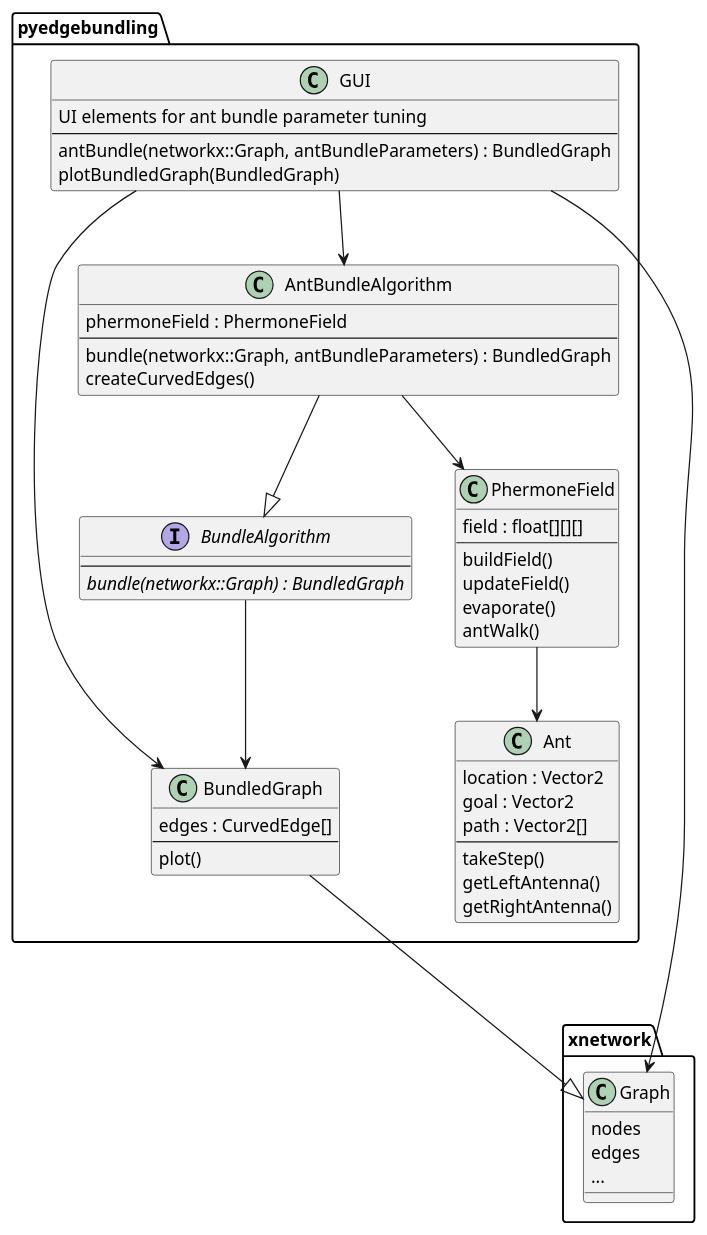
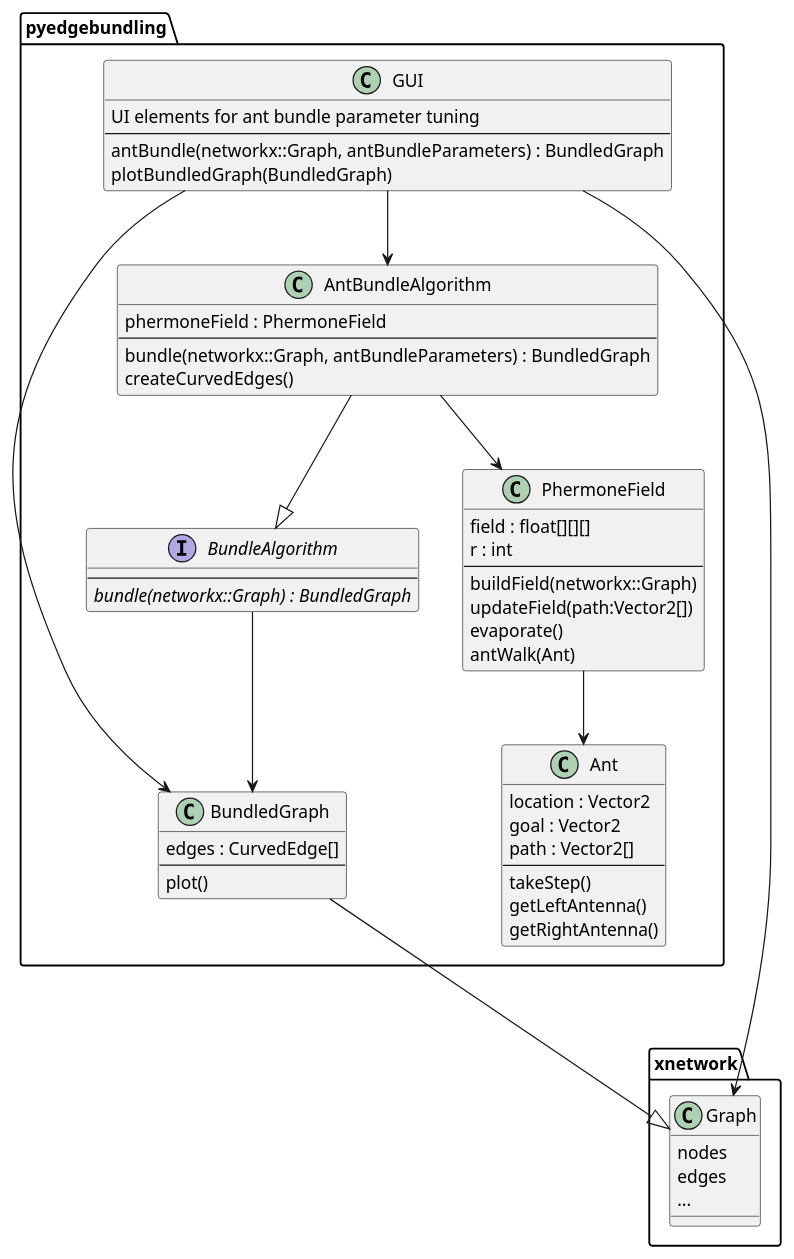
One commit to dpvdberg/pyedgebundle changed the diagram in UML/pyedgebundle.puml. Above: the diagram before and after it, drawn with PlantUML.

Commit message:
update uml

```diff
--- a/UML/pyedgebundle.puml
+++ b/UML/pyedgebundle.puml
@@ -1,71 +1,72 @@
 @startuml
 
 package xnetwork {
     class "Graph" as xgraph {
         nodes
         edges
         ...
     }
 }
 
 package "pyedgebundling" as ppeb {
     class "GUI" as gui {
         UI elements for ant bundle parameter tuning
         --
         antBundle(networkx::Graph, antBundleParameters) : BundledGraph
         plotBundledGraph(BundledGraph)
     }
 
     class "BundledGraph" as bg {
         edges : CurvedEdge[]
         --
         plot()
     }
 
     interface "BundleAlgorithm" as ba {
         --
         {abstract} bundle(networkx::Graph) : BundledGraph
     }
 
     class "AntBundleAlgorithm" as aba {
         phermoneField : PhermoneField
         --
         bundle(networkx::Graph, antBundleParameters) : BundledGraph
         createCurvedEdges()
     }
 
     class "PhermoneField" as pf {
         field : float[][][]
+        r : int
         --
-        buildField()
-        updateField()
+        buildField(networkx::Graph)
+        updateField(path:Vector2[])
         evaporate()
-        antWalk()
+        antWalk(Ant)
     }
 
     class Ant {
         location : Vector2
         goal : Vector2
         path : Vector2[]
         --
         takeStep()
         getLeftAntenna()
         getRightAntenna()
     }
 }
 
 gui --> aba
 
 aba --|> ba
 aba --> pf
 
 pf --> Ant
 
 gui --> bg
 ba --> bg
 
 gui ---> xgraph
 bg ---|> xgraph
 
 
 @enduml
```
